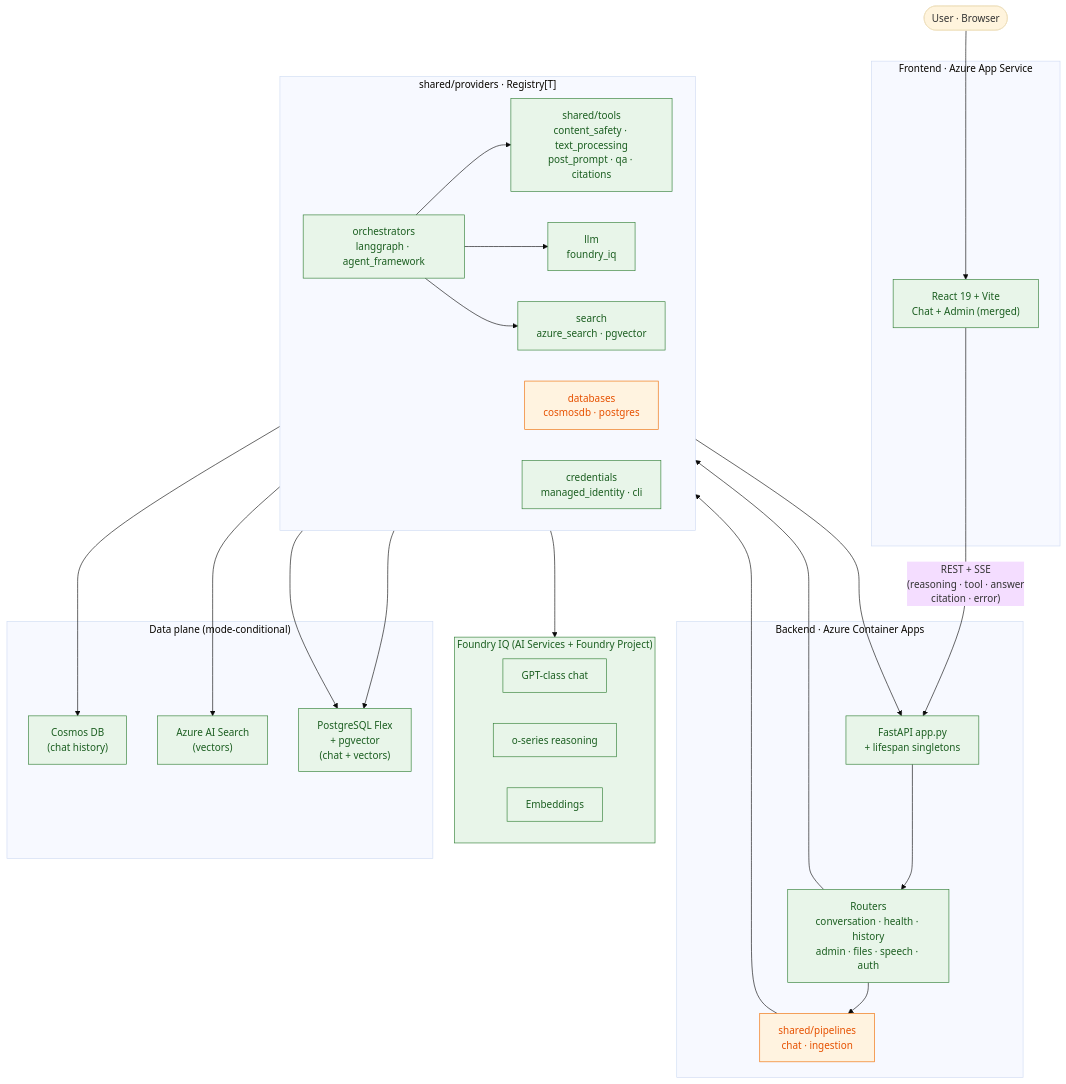
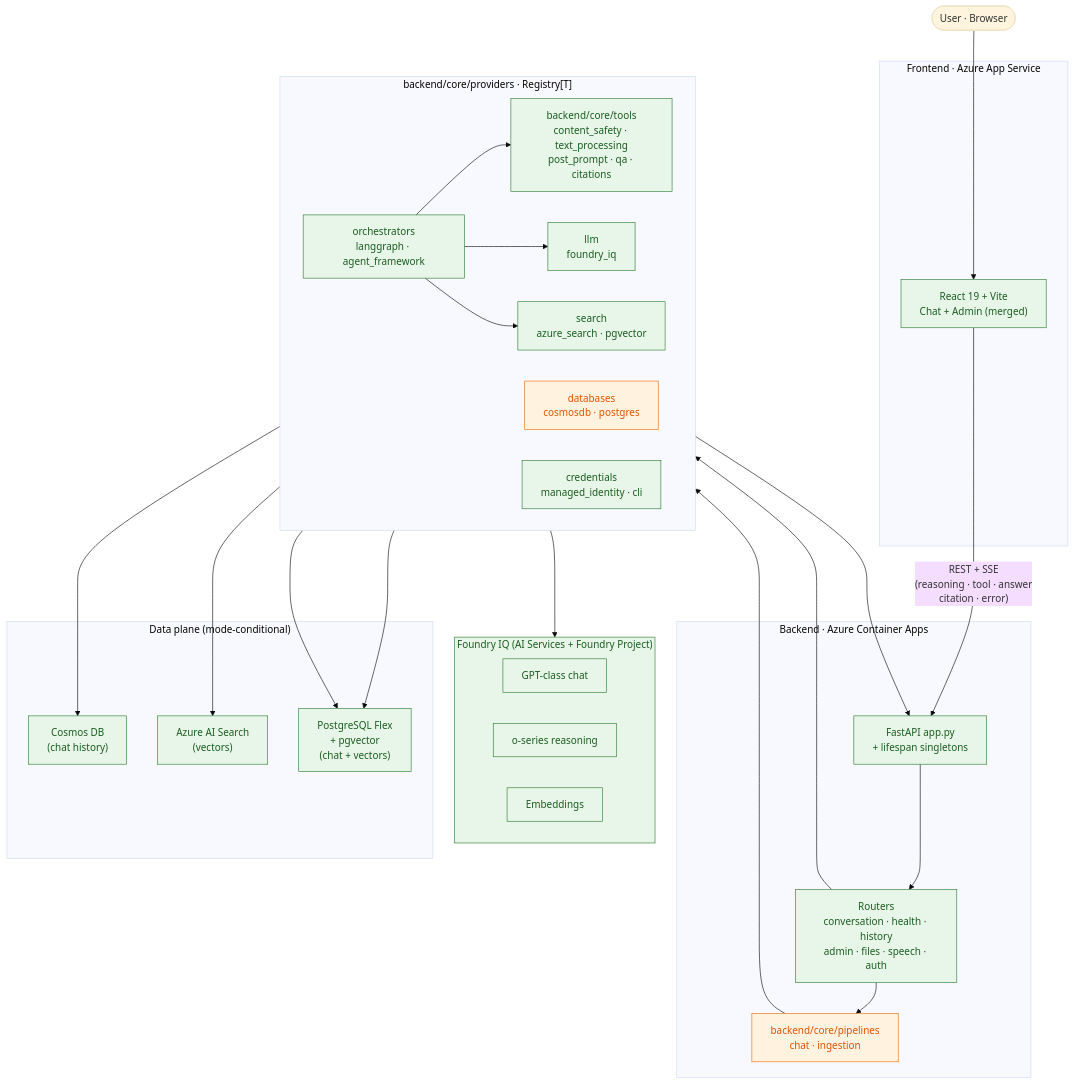
Before and after one commit to Azure-Samples/chat-with-your-data-solution-accelerator: the first of 4 diagrams in v2/docs/status_presentation.md, drawn with Mermaid (base theme). The commit also changed other lines of this file and 3 other files, not shown here.

````diff
--- a/v2/docs/status_presentation.md
+++ b/v2/docs/status_presentation.md
@@ -107,56 +107,56 @@
 ```mermaid
 flowchart TB
     User([User · Browser])
 
     subgraph FE["Frontend · Azure App Service"]
         SPA["React 19 + Vite<br/>Chat + Admin (merged)"]
     end
 
     subgraph BE["Backend · Azure Container Apps"]
         App["FastAPI app.py<br/>+ lifespan singletons"]
         Routers["Routers<br/>conversation · health · history<br/>admin · files · speech · auth"]
-        Pipelines["shared/pipelines<br/>chat · ingestion"]
+        Pipelines["backend/core/pipelines<br/>chat · ingestion"]
         App --> Routers --> Pipelines
     end
 
-    subgraph Reg["shared/providers · Registry[T]"]
+    subgraph Reg["backend/core/providers · Registry[T]"]
         direction LR
         Orch["orchestrators<br/>langgraph · agent_framework"]
         Search["search<br/>azure_search · pgvector"]
         DB["databases<br/>cosmosdb · postgres"]
         LLM["llm<br/>foundry_iq"]
         Cred["credentials<br/>managed_identity · cli"]
-        Tools["shared/tools<br/>content_safety · text_processing<br/>post_prompt · qa · citations"]
+        Tools["backend/core/tools<br/>content_safety · text_processing<br/>post_prompt · qa · citations"]
     end
 
     subgraph Foundry["Foundry IQ (AI Services + Foundry Project)"]
         Chat["GPT-class chat"]
         Reason["o-series reasoning"]
         Emb["Embeddings"]
     end
 
     subgraph Data["Data plane (mode-conditional)"]
         Cosmos["Cosmos DB<br/>(chat history)"]
         AISearch["Azure AI Search<br/>(vectors)"]
         Postgres["PostgreSQL Flex<br/>+ pgvector<br/>(chat + vectors)"]
     end
 
     User --> SPA
     SPA -- "REST + SSE<br/>(reasoning · tool · answer<br/>citation · error)" --> App
     Pipelines --> Orch
     Orch --> Tools
     Orch --> LLM --> Foundry
     Orch --> Search
     Routers --> DB
     Search --> AISearch
     Search --> Postgres
     DB --> Cosmos
     DB --> Postgres
     Cred --> App
 
     classDef done fill:#E8F5E9,stroke:#2E7D32,color:#1B5E20
     classDef partial fill:#FFF3E0,stroke:#EF6C00,color:#E65100
     classDef pending fill:#ECEFF1,stroke:#546E7A,color:#37474F
     class App,Routers,Orch,Search,LLM,Cred,Tools,SPA,Foundry,Chat,Reason,Emb,AISearch,Cosmos,Postgres done
     class DB,Pipelines partial
 ```
````
